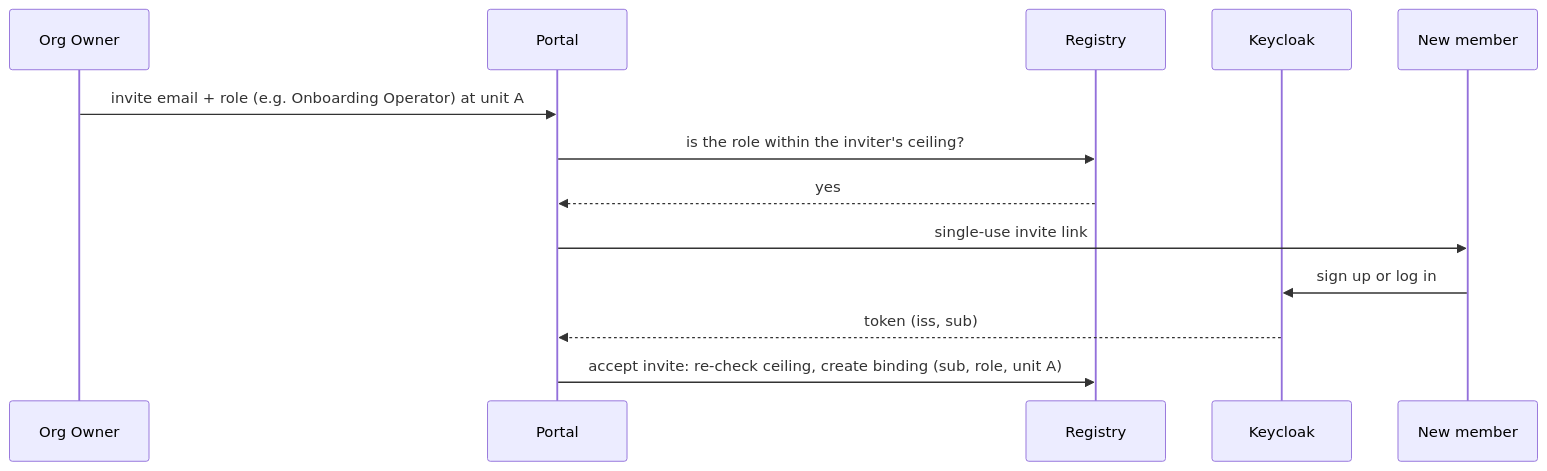
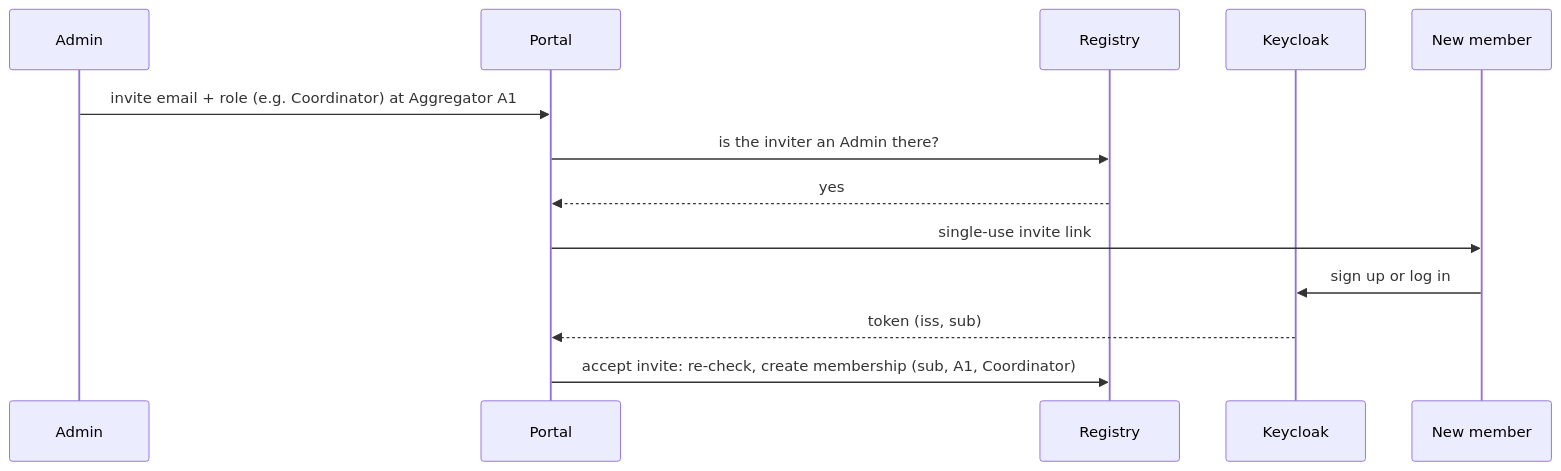
Before and after one commit to Blue-Dots-Economy/aggregator-dpg: the third of 4 diagrams in docs/rbac-design.md, drawn with Mermaid. The commit also changed other lines of this file and 1 other file, not shown here.

First line of the commit message:
docs(rbac): simplify to org PermissionSets and four roles

````diff
--- a/docs/rbac-design.md
+++ b/docs/rbac-design.md
@@ -158,15 +157,15 @@
 ```mermaid
 sequenceDiagram
-    participant O as Org Owner
+    participant A as Admin
     participant P as Portal
     participant R as Registry
     participant K as Keycloak
     participant N as New member
-    O->>P: invite email + role (e.g. Onboarding Operator) at unit A
-    P->>R: is the role within the inviter's ceiling?
+    A->>P: invite email + role (e.g. Coordinator) at Aggregator A1
+    P->>R: is the inviter an Admin there?
     R-->>P: yes
     P->>N: single-use invite link
     N->>K: sign up or log in
     K-->>P: token (iss, sub)
-    P->>R: accept invite: re-check ceiling, create binding (sub, role, unit A)
+    P->>R: accept invite: re-check, create membership (sub, A1, Coordinator)
 ```
````
